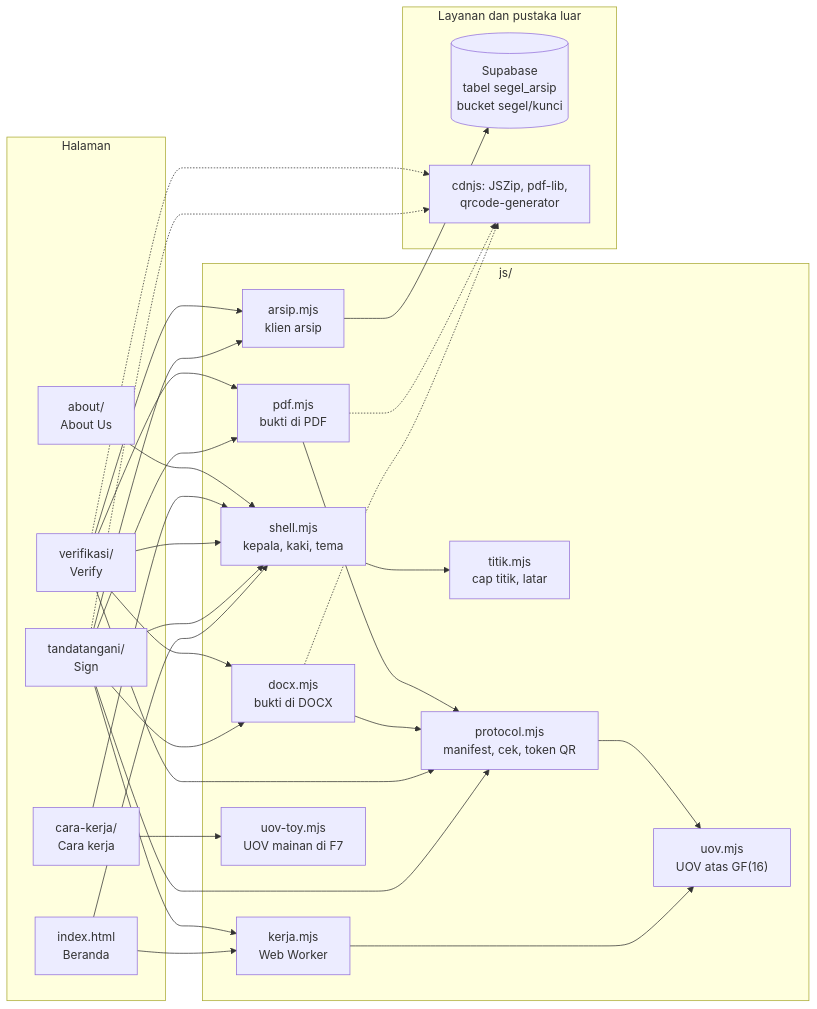
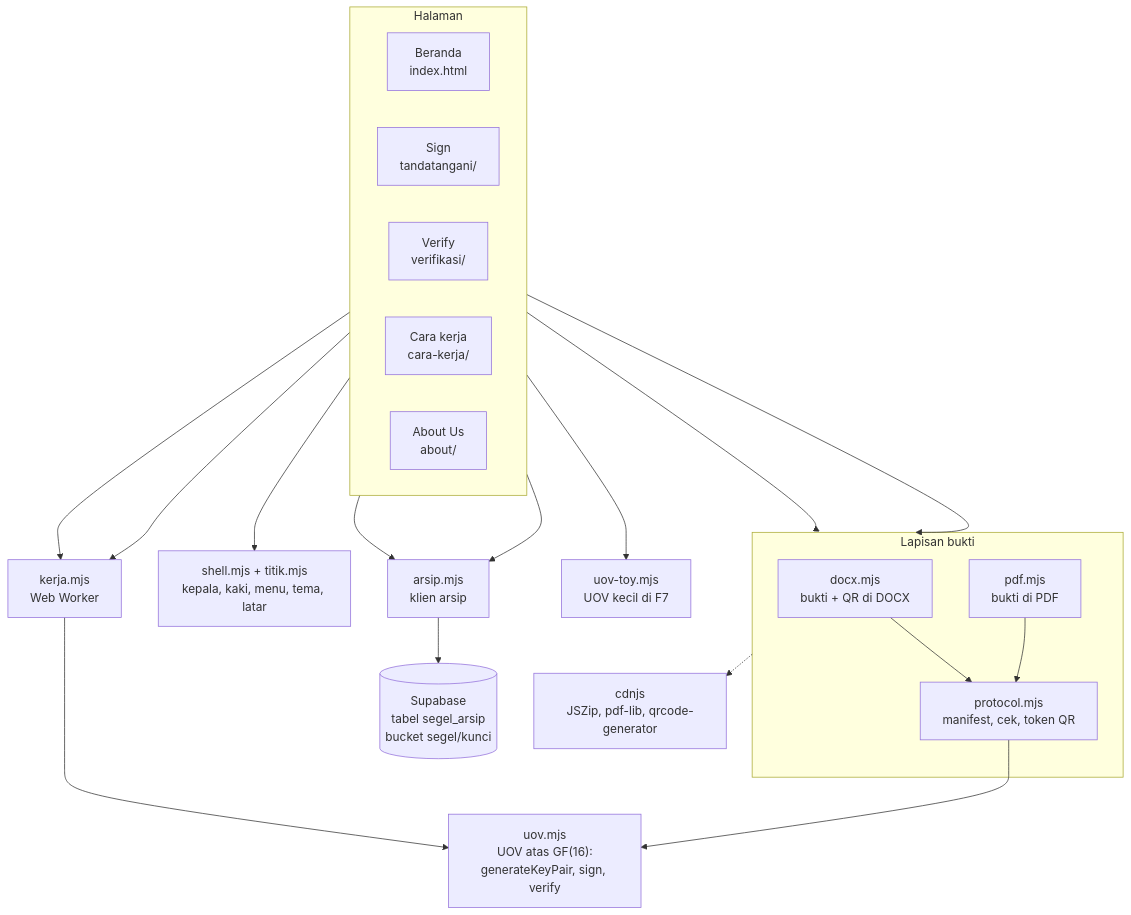
The second of 2 diagrams in README.md (putra10/segel-uov), drawn with Mermaid before and after one commit. The commit also changed other lines of this file and 2 other files, not shown here.

First line of the commit message:
README: rumus LaTeX dan versi PNG kedua bagan

````diff
--- a/README.md
+++ b/README.md
@@ -71,44 +73,41 @@
 ```mermaid
-flowchart LR
+flowchart TD
     subgraph Halaman
-        H1["index.html<br/>Beranda"]
-        H2["tandatangani/<br/>Sign"]
-        H3["verifikasi/<br/>Verify"]
-        H4["cara-kerja/<br/>Cara kerja"]
-        H5["about/<br/>About Us"]
+        direction LR
+        H1["Beranda<br/>index.html"]
+        H2["Sign<br/>tandatangani/"]
+        H3["Verify<br/>verifikasi/"]
+        H4["Cara kerja<br/>cara-kerja/"]
+        H5["About Us<br/>about/"]
     end
 
-    subgraph Modul["js/"]
-        SH["shell.mjs<br/>kepala, kaki, tema"]
-        TI["titik.mjs<br/>cap titik, latar"]
-        KE["kerja.mjs<br/>Web Worker"]
+    SH["shell.mjs + titik.mjs<br/>kepala, kaki, menu, tema, latar"]
+    KE["kerja.mjs<br/>Web Worker"]
+    TY["uov-toy.mjs<br/>UOV kecil di F7"]
+    AR["arsip.mjs<br/>klien arsip"]
+    UV["uov.mjs<br/>UOV atas GF(16):<br/>generateKeyPair, sign, verify"]
+
+    subgraph Bukti["Lapisan bukti"]
+        DX["docx.mjs<br/>bukti + QR di DOCX"]
+        PD["pdf.mjs<br/>bukti di PDF"]
         PR["protocol.mjs<br/>manifest, cek, token QR"]
-        UV["uov.mjs<br/>UOV atas GF(16)"]
-        DX["docx.mjs<br/>bukti di DOCX"]
-        PD["pdf.mjs<br/>bukti di PDF"]
-        AR["arsip.mjs<br/>klien arsip"]
-        TY["uov-toy.mjs<br/>UOV mainan di F7"]
+        DX --> PR
+        PD --> PR
     end
 
-    subgraph Luar["Layanan dan pustaka luar"]
-        SB[("Supabase<br/>tabel segel_arsip<br/>bucket segel/kunci")]
-        CDN["cdnjs: JSZip, pdf-lib,<br/>qrcode-generator"]
-    end
+    SB[("Supabase<br/>tabel segel_arsip<br/>bucket segel/kunci")]
+    CDN["cdnjs<br/>JSZip, pdf-lib, qrcode-generator"]
 
-    H1 & H2 & H3 & H4 & H5 --> SH
-    SH --> TI
+    Halaman --> SH
     H1 --> KE
     H2 --> KE
+    H4 --> TY
+    H2 --> Bukti
+    H3 --> Bukti
+    H2 --> AR
+    H3 --> AR
     KE --> UV
-    H2 --> PR & DX & PD & AR
-    H3 --> PR & DX & PD & AR
-    H4 --> TY
     PR --> UV
-    DX --> PR
-    PD --> PR
     AR --> SB
-    DX -.-> CDN
-    PD -.-> CDN
-    H2 -.-> CDN
-    H3 -.-> CDN
+    Bukti -.-> CDN
 ```
````
